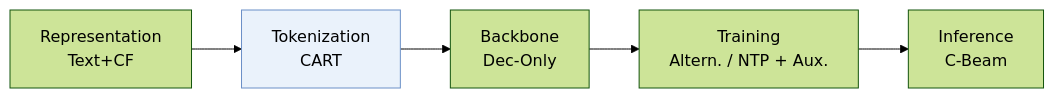
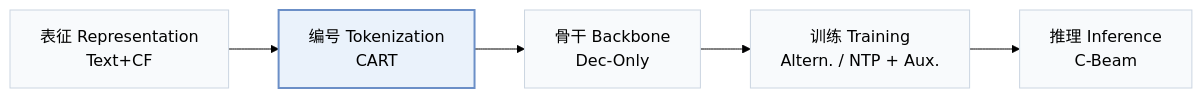
One commit to Galaxy-ghost/Awesome-SID-Generative-Rec changed the first of 2 diagrams in pages/zh/papers/dream.md. Above: the diagram before and after it, drawn with Mermaid (forest theme). The commit also changed other lines of this file and 649 other files, not shown here.

Commit message:
writer-05: also tags and modality index (schema, check, build, visuals); summary field removed; calibration data for 12 papers

````diff
--- a/pages/zh/papers/dream.md
+++ b/pages/zh/papers/dream.md
@@ -13,6 +15,8 @@
 ```mermaid
 flowchart LR
-    R["Representation<br/>Text+CF"] --> T["Tokenization<br/>CART"] --> B["Backbone<br/>Dec-Only"] --> TR["Training<br/>Altern. / NTP + Aux."] --> I["Inference<br/>C-Beam"]
-    classDef main fill:#eaf2fb,stroke:#6b8fc7
+    R["表征 Representation<br/>Text+CF"] --> T["编号 Tokenization<br/>CART"] --> B["骨干 Backbone<br/>Dec-Only"] --> TR["训练 Training<br/>Altern. / NTP + Aux."] --> I["推理 Inference<br/>C-Beam"]
+    classDef base fill:#f8fafc,stroke:#cbd5e1
+    class R,T,B,TR,I base
+    classDef main fill:#eaf2fb,stroke:#6b8fc7,stroke-width:2px
     class T main
 ```
````
